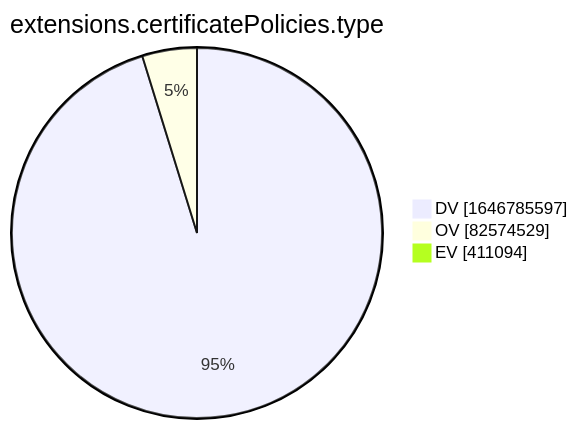
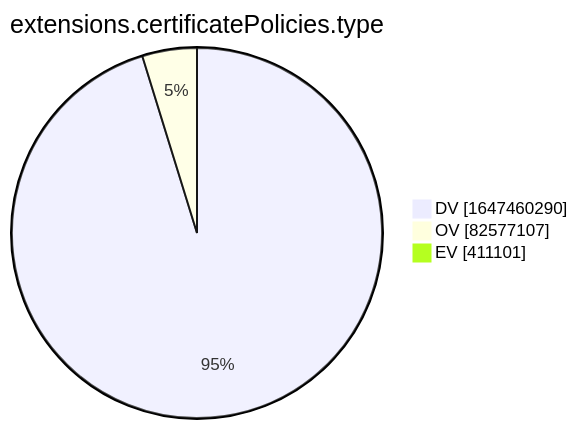
Before and after one commit to christiankrug/ctmonitor_visualization: the tenth of 15 diagrams in xenon2022/README.md, drawn with Mermaid. The commit also changed other lines of this file, not shown here.

````diff
--- a/xenon2022/README.md
+++ b/xenon2022/README.md
@@ -2879,7 +2880,7 @@
 ```mermaid
 pie showData
 title extensions.certificatePolicies.type
-"DV" :1646785597
-"OV" :82574529
-"EV" :411094
+"DV" :1647460290
+"OV" :82577107
+"EV" :411101
 ```
````
